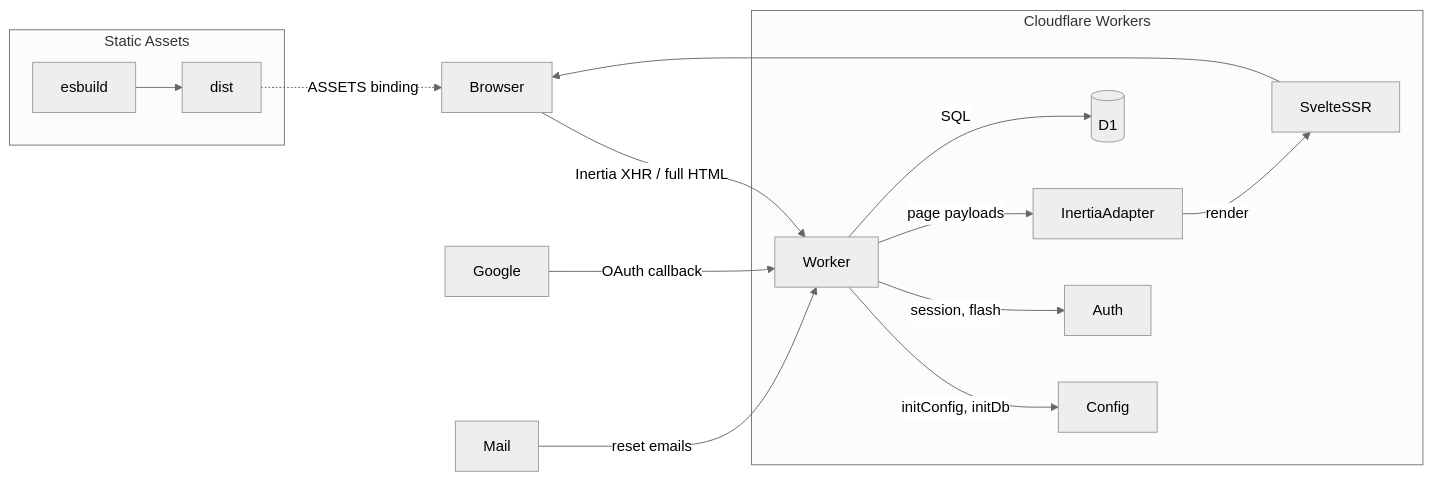
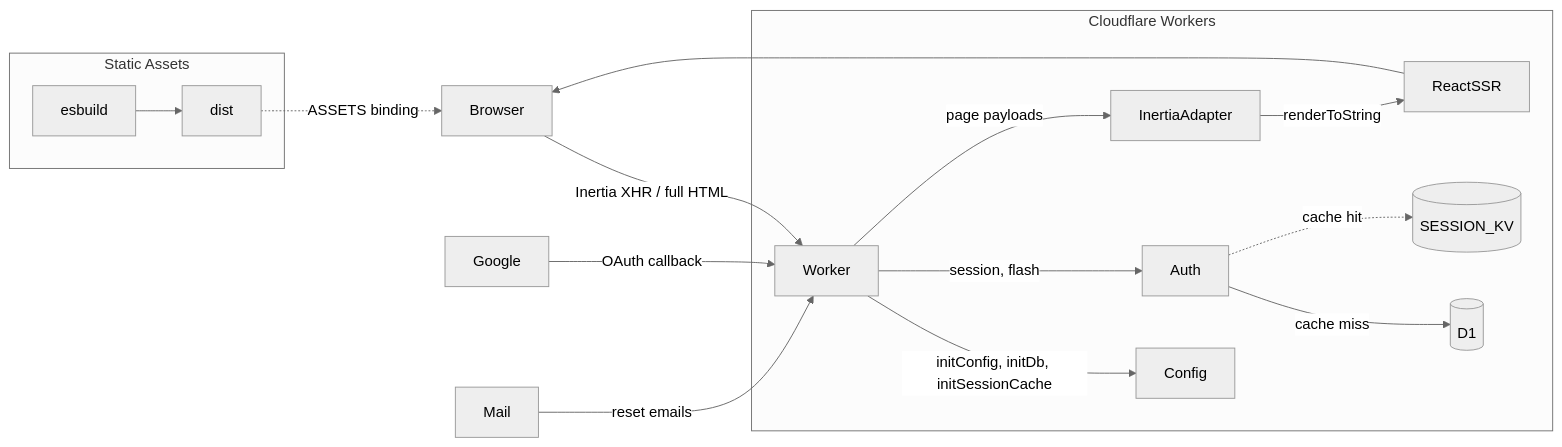
One commit to maulanashalihin/kilat changed the diagram in README.md. Above: the diagram before and after it, drawn with Mermaid (neutral theme). The commit also changed other lines of this file and 7 other files, not shown here.

First line of the commit message:
feat: optimize session resolution + add optional KV session cache

````diff
--- a/README.md
+++ b/README.md
@@ -19,18 +16,19 @@
 ```mermaid
 flowchart LR
   Browser -->|Inertia XHR / full HTML| Worker
   subgraph Cloudflare Workers
-    Worker -->|initConfig, initDb| Config
+    Worker -->|initConfig, initDb, initSessionCache| Config
     Worker -->|session, flash| Auth
+    Auth -->|cache miss| D1[(D1)]
+    Auth -.->|cache hit| KV[(SESSION_KV)]
     Worker -->|page payloads| InertiaAdapter
-    InertiaAdapter -->|render| SvelteSSR
-    Worker -->|SQL| D1[(D1)]
+    InertiaAdapter -->|renderToString| ReactSSR
   end
-  SvelteSSR --> Browser
+  ReactSSR --> Browser
   Google -->|OAuth callback| Worker
   Mail -->|reset emails| Worker
   subgraph Static Assets
     esbuild --> dist
   end
   dist -.->|ASSETS binding| Browser
 ```
````
